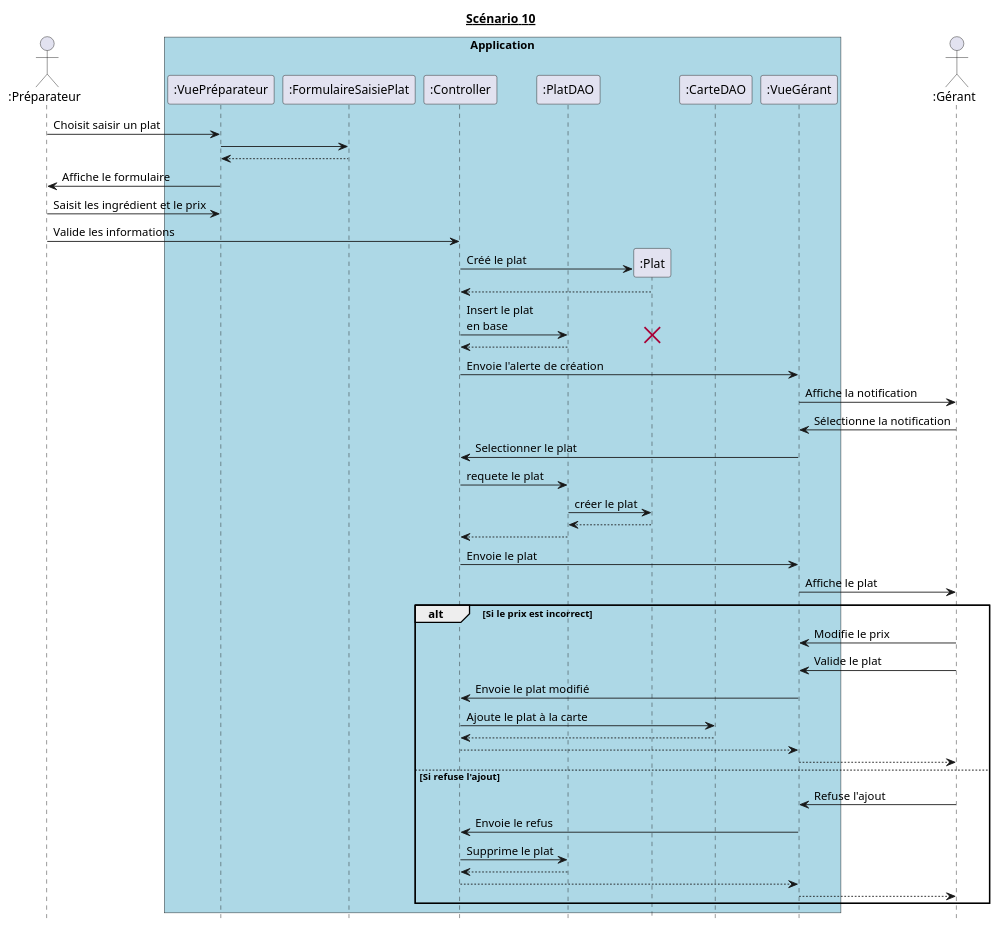
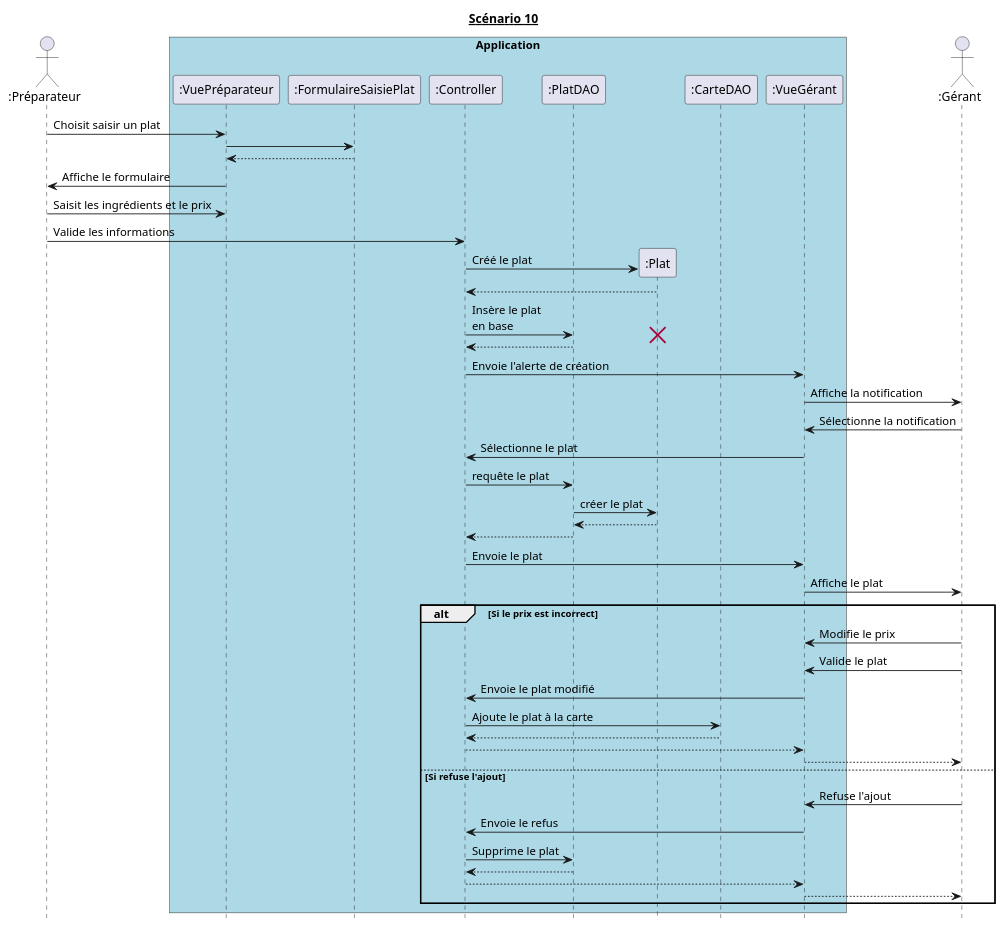
The diagram in diagrammes_sequences_detailles/dss10.md (hulskenA/GL-Les_seigneurs_du_resto), drawn with PlantUML before and after one commit.

````diff
--- a/diagrammes_sequences_detailles/dss10.md
+++ b/diagrammes_sequences_detailles/dss10.md
@@ -1,67 +1,67 @@
 ```puml
 @startuml
 hide footbox
 title __Scénario 10__
 
 
 actor ":Préparateur" as Préparateur order 10
 actor ":Gérant" as Gérant order 100
 
 box "Application" #Lightblue
     participant ":VuePréparateur" as VuePréparateur order 30
     participant ":FormulaireSaisiePlat" as FormulaireSaisiePlat order 40
     participant ":Controller" as Controller order 50
     participant ":PlatDAO" as PlatDAO order 60
     participant ":Plat" as Plat order 70
     participant ":CarteDAO" as CarteDAO order 80
     participant ":VueGérant" as VueGérant order 90
 endbox
 
 
 Préparateur -> VuePréparateur : Choisit saisir un plat
 VuePréparateur -> FormulaireSaisiePlat
 VuePréparateur <-- FormulaireSaisiePlat
 Préparateur <- VuePréparateur : Affiche le formulaire
-Préparateur -> VuePréparateur : Saisit les ingrédient et le prix
+Préparateur -> VuePréparateur : Saisit les ingrédients et le prix
 Préparateur -> Controller : Valide les informations
 
 Create Plat
 Controller -> Plat : Créé le plat
 Controller <-- Plat
 
-Controller -> PlatDAO : Insert le plat\nen base
+Controller -> PlatDAO : Insère le plat\nen base
 destroy Plat
 Controller <-- PlatDAO
 
 Controller -> VueGérant : Envoie l'alerte de création
 VueGérant -> Gérant : Affiche la notification
 VueGérant <- Gérant : Sélectionne la notification
 
-VueGérant -> Controller : Selectionner le plat
-Controller -> PlatDAO : requete le plat
+VueGérant -> Controller : Sélectionne le plat
+Controller -> PlatDAO : requête le plat
 
 PlatDAO -> Plat : créer le plat
 PlatDAO <-- Plat
 Controller <-- PlatDAO
 Controller -> VueGérant : Envoie le plat
 VueGérant -> Gérant : Affiche le plat
 
 alt Si le prix est incorrect
   Gérant -> VueGérant : Modifie le prix
     Gérant -> VueGérant : Valide le plat
     VueGérant -> Controller : Envoie le plat modifié
     Controller -> CarteDAO : Ajoute le plat à la carte
     Controller <-- CarteDAO
     VueGérant <-- Controller
     Gérant <-- VueGérant
 else Si refuse l'ajout
   Gérant -> VueGérant : Refuse l'ajout
   VueGérant -> Controller : Envoie le refus
   Controller -> PlatDAO : Supprime le plat
   Controller <-- PlatDAO
   Controller --> VueGérant
   Gérant <-- VueGérant
 end
 
 @enduml
 ```
````
